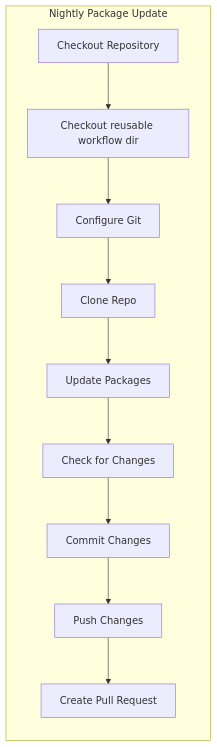
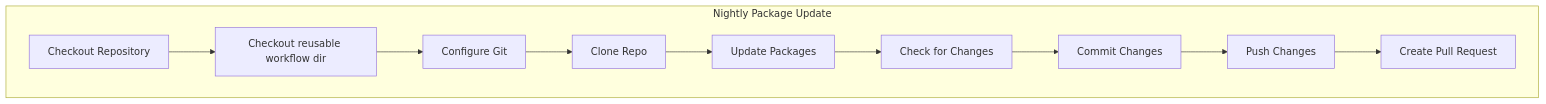
One commit to postindustria-tech/common-ci changed the fourth of 4 diagrams in README.md. Above: the diagram before and after it, drawn with Mermaid. The commit also changed other lines of this file, not shown here.

Commit message:
DOC: Changed flow charts to be left to right.

````diff
--- a/README.md
+++ b/README.md
@@ -136,24 +138,24 @@
 ``` mermaid
-graph TD
+graph LR
   subgraph "Nightly Package Update"
-  direction TB
-    A["Checkout Repository"]
-    B["Checkout reusable workflow dir"]
-    C["Configure Git"]
-    D["Clone Repo"]
-    E["Update Packages"]
-    F["Check for Changes"]
-    G["Commit Changes"]
-    H["Push Changes"]
-    I["Create Pull Request"]
+  direction LR
+    A[Checkout Repository]
+    B[Checkout reusable workflow dir]
+    C[Configure Git]
+    D[Clone Repo]
+    E[Update Packages]
+    F[Check for Changes]
+    G[Commit Changes]
+    H[Push Changes]
+    I[Create Pull Request]
   end
   
 A --> B
 B --> C
 C --> D
 D --> E
 E --> F
 F --> G
 G --> H
 H --> I
 ```
````
